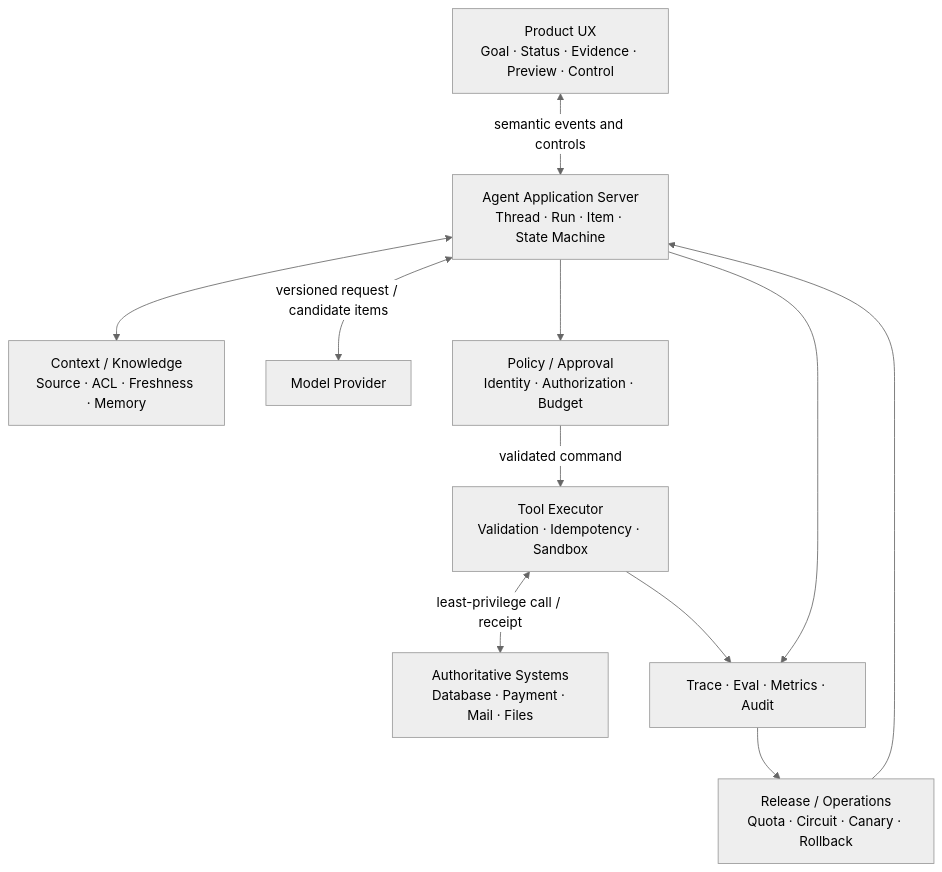
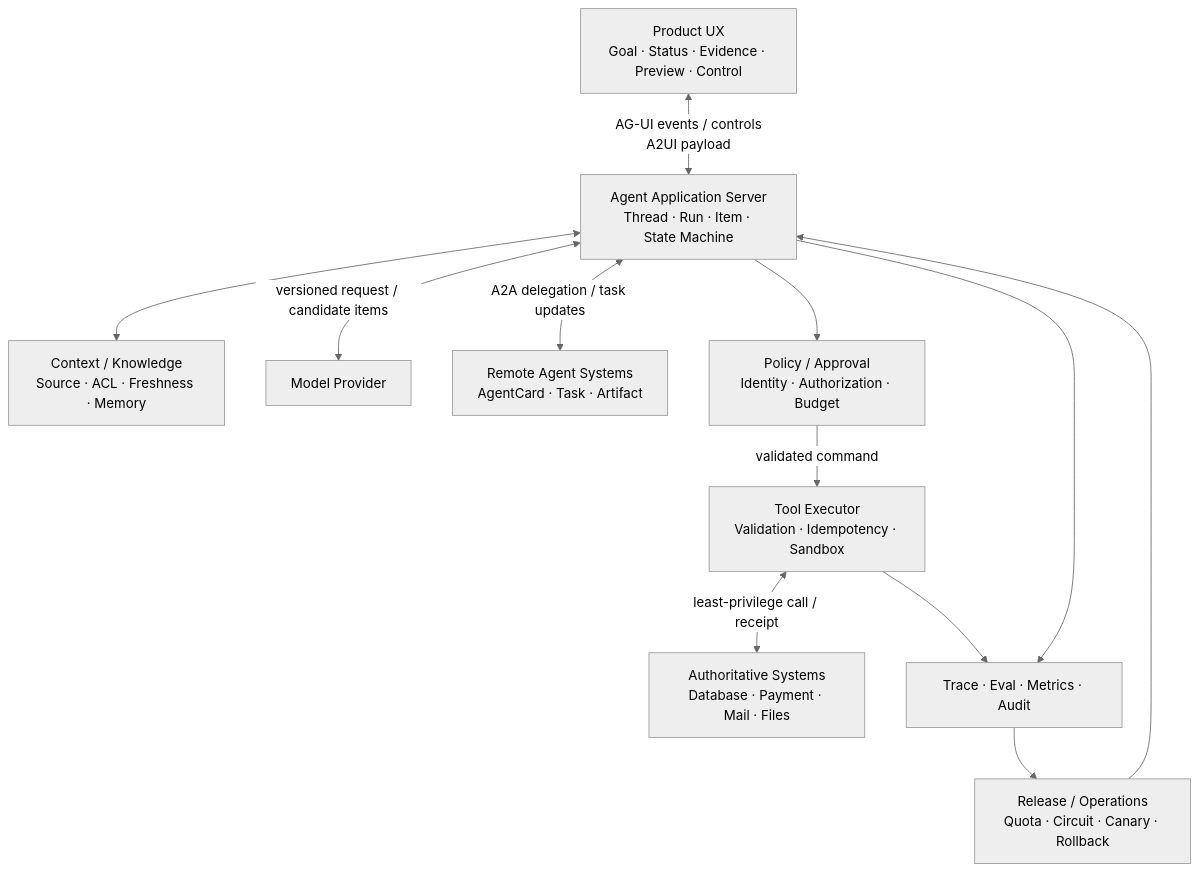
The diagram in site/11-综合实践与作品设计/01-综合系统心智模型.md (whatthehan/masterpiece-static-docs), drawn with Mermaid (neutral theme) before and after one commit. The commit also changed other lines of this file and 123 other files, not shown here.

````diff
--- a/site/11-综合实践与作品设计/01-综合系统心智模型.md
+++ b/site/11-综合实践与作品设计/01-综合系统心智模型.md
@@ -9,23 +9,25 @@
 ```mermaid
 flowchart TD
     UX["Product UX<br/>Goal · Status · Evidence · Preview · Control"]
     APP["Agent Application Server<br/>Thread · Run · Item · State Machine"]
     CTX["Context / Knowledge<br/>Source · ACL · Freshness · Memory"]
     MODEL["Model Provider"]
+    REMOTE["Remote Agent Systems<br/>AgentCard · Task · Artifact"]
     POLICY["Policy / Approval<br/>Identity · Authorization · Budget"]
     EXEC["Tool Executor<br/>Validation · Idempotency · Sandbox"]
     SYS["Authoritative Systems<br/>Database · Payment · Mail · Files"]
     OBS["Trace · Eval · Metrics · Audit"]
     OPS["Release / Operations<br/>Quota · Circuit · Canary · Rollback"]
 
-    UX <--> |"semantic events and controls"| APP
+    UX <--> |"AG-UI events / controls<br/>A2UI payload"| APP
     APP <--> CTX
     APP <--> |"versioned request / candidate items"| MODEL
+    APP <--> |"A2A delegation / task updates"| REMOTE
     APP --> POLICY
     POLICY --> |"validated command"| EXEC
     EXEC <--> |"least-privilege call / receipt"| SYS
     APP --> OBS
     EXEC --> OBS
     OBS --> OPS
     OPS --> APP
 ```
````
